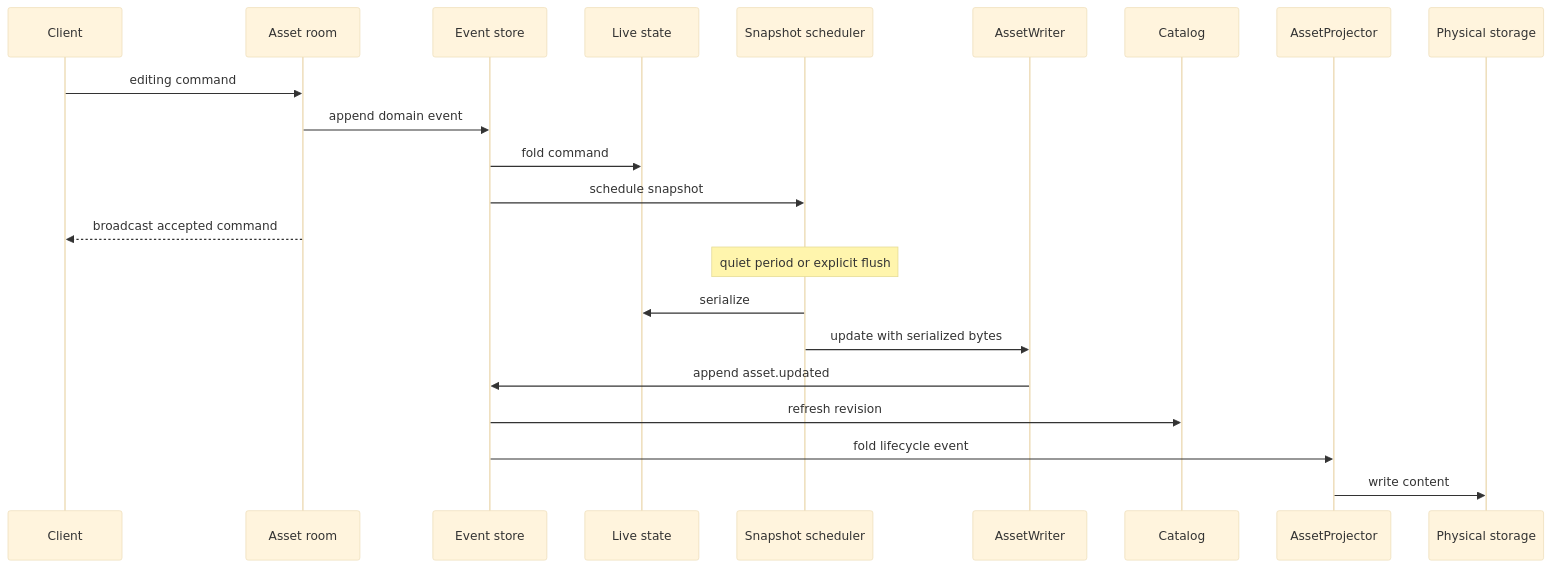
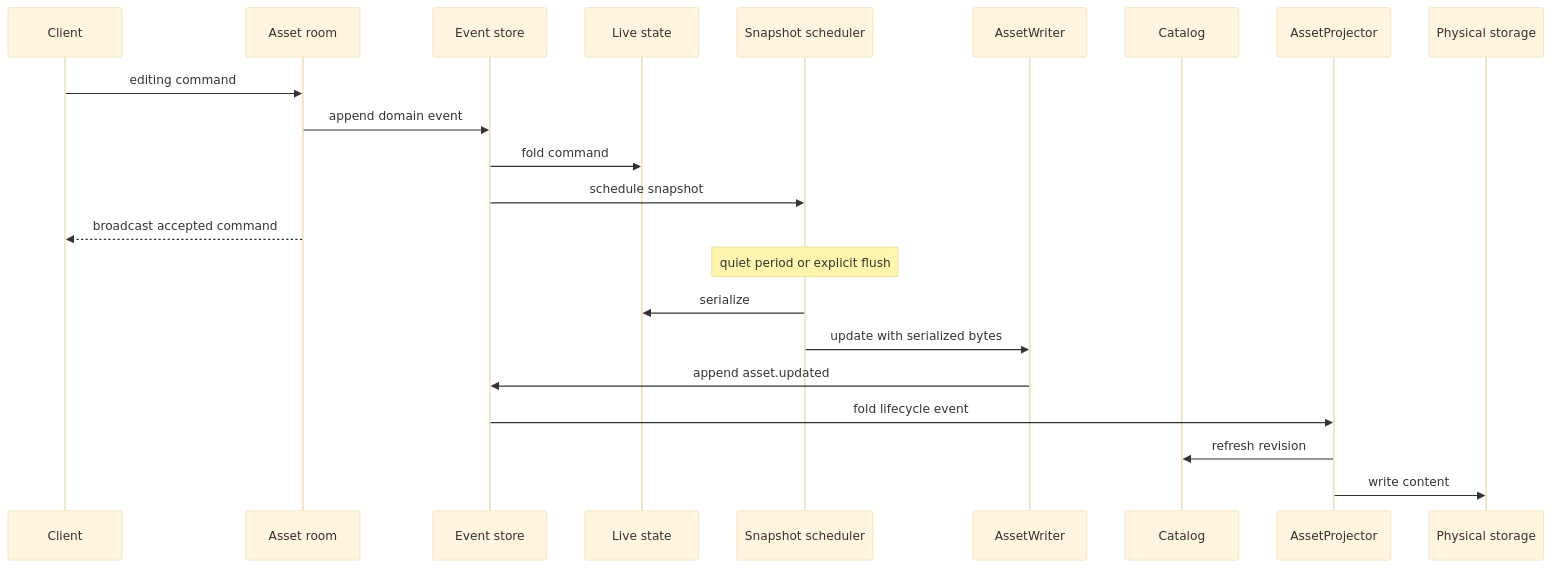
The third of 4 diagrams in packages/asset-server/ARCHITECTURE.md (JollyPixel/editor), drawn with Mermaid (base theme) before and after one commit. The commit also changed other lines of this file and 91 other files, not shown here.

````diff
--- a/packages/asset-server/ARCHITECTURE.md
+++ b/packages/asset-server/ARCHITECTURE.md
@@ -86,26 +86,26 @@
 ```mermaid
 sequenceDiagram
     participant Client
     participant Room as Asset room
     participant Store as Event store
     participant State as Live state
     participant Scheduler as Snapshot scheduler
     participant Writer as AssetWriter
     participant Catalog
     participant Projector as AssetProjector
     participant Files as Physical storage
 
     Client->>Room: editing command
     Room->>Store: append domain event
     Store->>State: fold command
     Store->>Scheduler: schedule snapshot
     Room-->>Client: broadcast accepted command
 
     Note over Scheduler: quiet period or explicit flush
     Scheduler->>State: serialize
     Scheduler->>Writer: update with serialized bytes
     Writer->>Store: append asset.updated
-    Store->>Catalog: refresh revision
     Store->>Projector: fold lifecycle event
+    Projector->>Catalog: refresh revision
     Projector->>Files: write content
 ```
````
